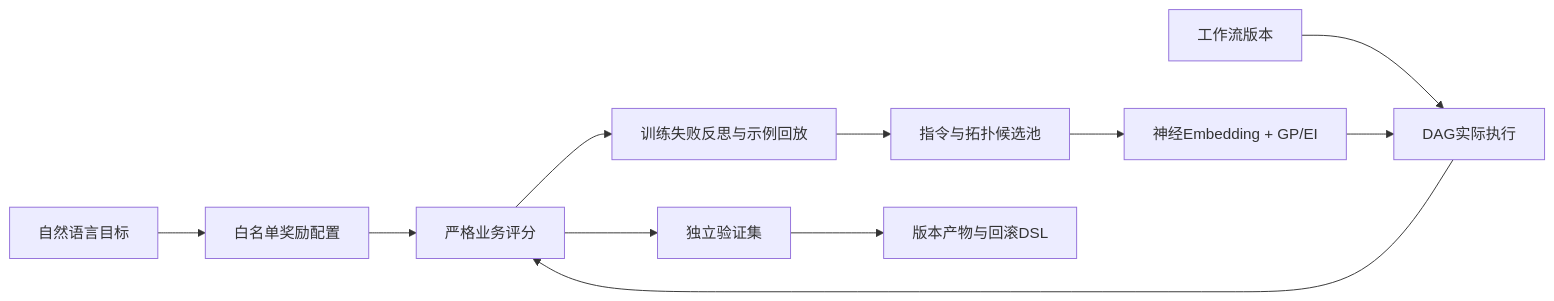
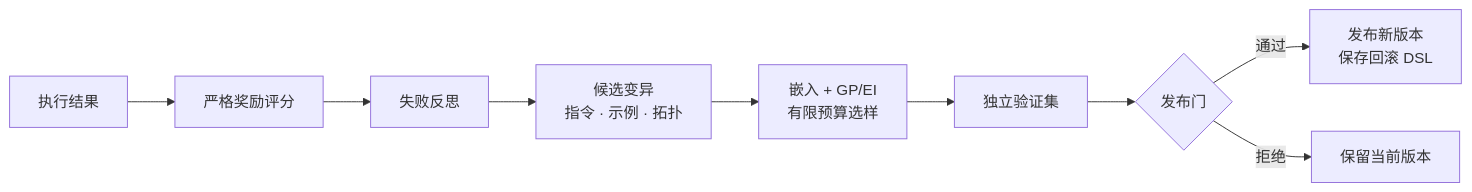
The second of 2 diagrams in README.md (trickytricklol/agentflow-platform), drawn with Mermaid before and after one commit. The commit also changed other lines of this file and 38 other files, not shown here.

````diff
--- a/README.md
+++ b/README.md
@@ -17,13 +182,11 @@
 ```mermaid
 flowchart LR
-    G[自然语言目标] --> R[白名单奖励配置]
-    W[工作流版本] --> E[DAG实际执行]
-    E --> F[严格业务评分]
-    R --> F
-    F --> M[训练失败反思与示例回放]
-    M --> C[指令与拓扑候选池]
-    C --> B[神经Embedding + GP/EI]
-    B --> E
-    F --> V[独立验证集]
-    V --> P[版本产物与回滚DSL]
+    R[执行结果] --> S[严格奖励评分]
+    S --> F[失败反思]
+    F --> M[候选变异<br/>指令 · 示例 · 拓扑]
+    M --> B[嵌入 + GP/EI<br/>有限预算选样]
+    B --> V[独立验证集]
+    V --> G{发布门}
+    G -->|通过| P[发布新版本<br/>保存回滚 DSL]
+    G -->|拒绝| K[保留当前版本]
 ```
````
